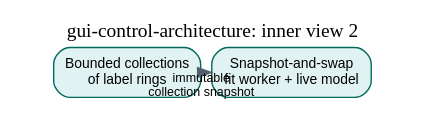
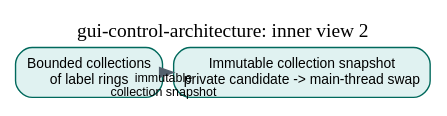
The diagram in apps/broadband-mode-switch/docs/gui-control-architecture.inner-002.dot (Neuro-Mechatronics-Interfaces/ScienceXYZ), drawn with Graphviz before and after one commit. The commit also changed 10 other files, not shown here.

```diff
--- a/apps/broadband-mode-switch/docs/gui-control-architecture.inner-002.dot
+++ b/apps/broadband-mode-switch/docs/gui-control-architecture.inner-002.dot
@@ -1,6 +1,6 @@
 digraph "inner_002" {
   graph [layout=neato, overlap=false, splines=true, labelloc=t, label="gui-control-architecture: inner view 2"];
   "buffers" [color="#00695c", fillcolor="#e0f2f1", fontname="Arial", fontsize="10", height="0.5", label="Bounded collections\nof label rings", margin="0.12,0.08", pin="true", pos="0,0!", shape="box", style="rounded,filled", width="1.4587"];
-  "fit" [color="#00695c", fillcolor="#e0f2f1", fontname="Arial", fontsize="10", height="0.5", label="Snapshot-and-swap\nfit worker + live model", margin="0.12,0.08", pin="true", pos="180,0!", shape="box", style="rounded,filled", width="1.5421"];
+  "fit" [color="#00695c", fillcolor="#e0f2f1", fontname="Arial", fontsize="10", height="0.5", label="Immutable collection snapshot\nprivate candidate -> main-thread swap", margin="0.12,0.08", pin="true", pos="180,0!", shape="box", style="rounded,filled", width="2.5213"];
   "buffers" -> "fit" [color="#52606d", fontname="Arial", fontsize="9", label="immutable\ncollection snapshot"];
 }
```
